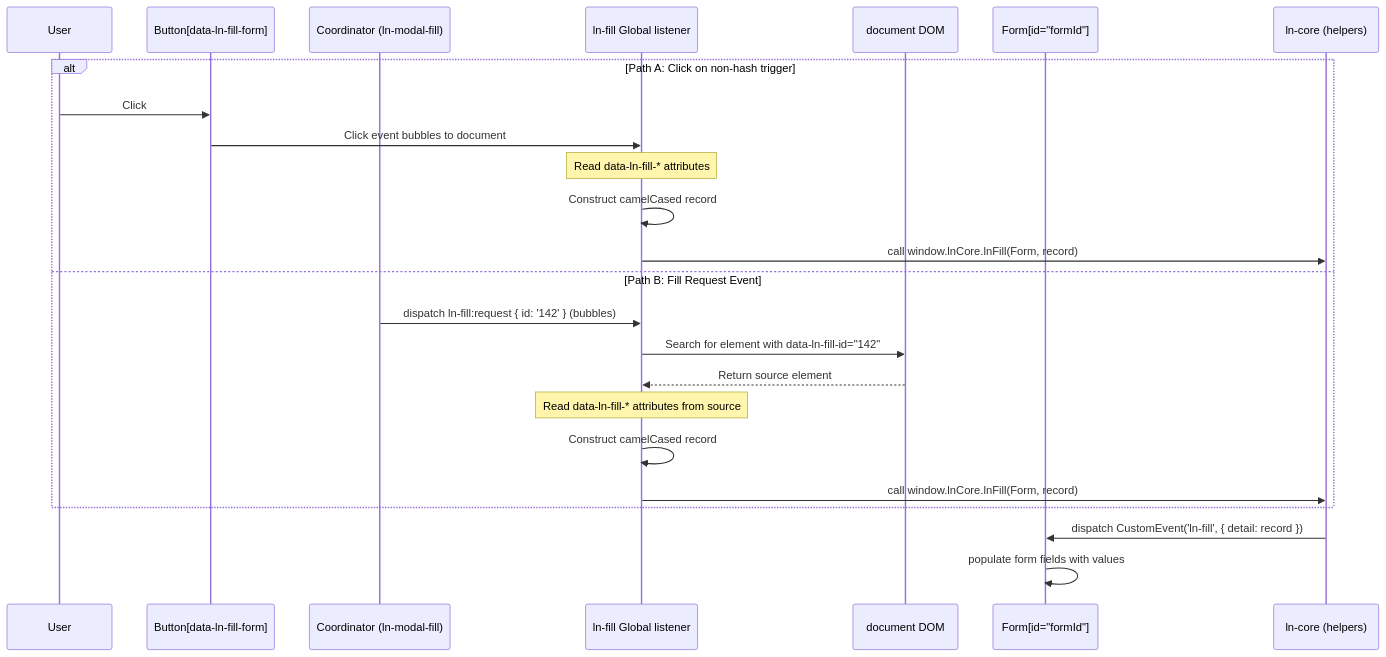
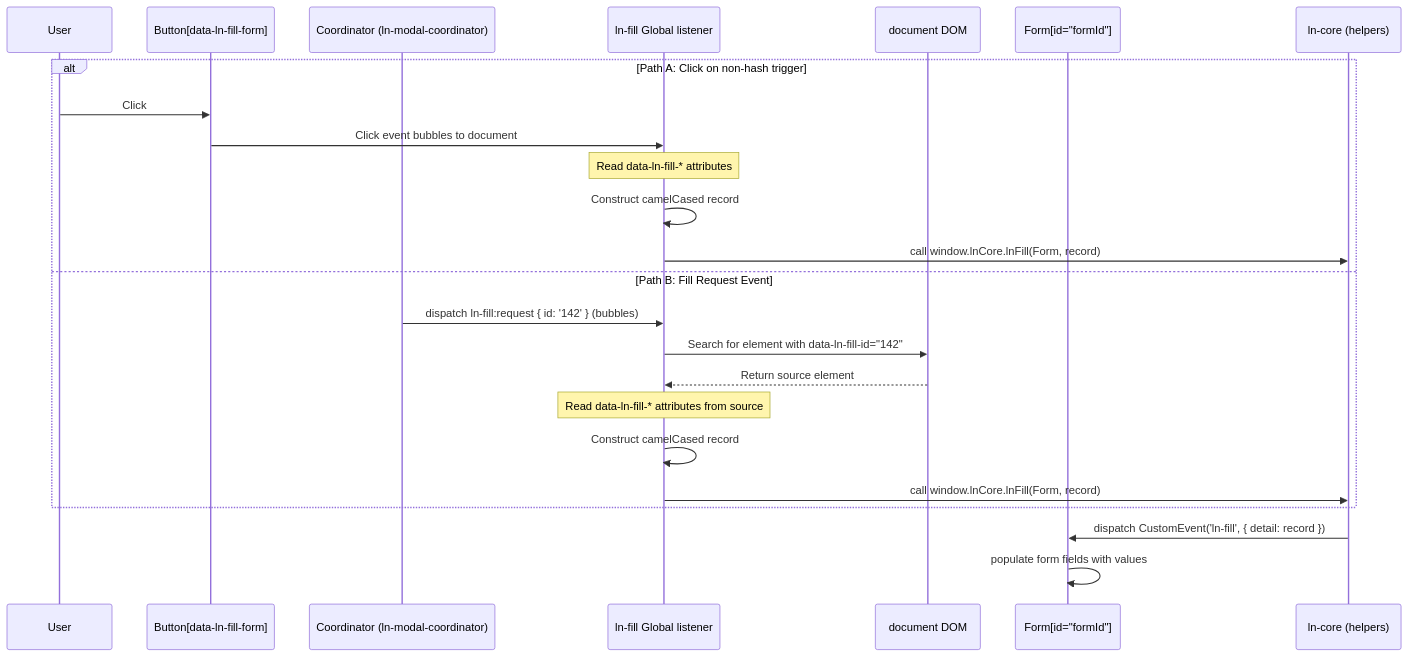
The diagram in docs-mcp/components/ln-fill.md (livenetworks/ln-ashlar), drawn with Mermaid before and after one commit. The commit also changed other lines of this file and 163 other files, not shown here.

````diff
--- a/docs-mcp/components/ln-fill.md
+++ b/docs-mcp/components/ln-fill.md
@@ -144,28 +144,28 @@
 ```mermaid
 sequenceDiagram
     participant User
     participant Trigger as Button[data-ln-fill-form]
-    participant Coordinator as Coordinator (ln-modal-fill)
+    participant Coordinator as Coordinator (ln-modal-coordinator)
     participant FillJS as ln-fill Global listener
     participant DOM as document DOM
     participant Form as Form[id="formId"]
     participant Core as ln-core (helpers)
 
     alt Path A: Click on non-hash trigger
         User->>Trigger: Click
         Trigger->>FillJS: Click event bubbles to document
         Note over FillJS: Read data-ln-fill-* attributes
         FillJS->>FillJS: Construct camelCased record
         FillJS->>Core: call window.lnCore.lnFill(Form, record)
     else Path B: Fill Request Event
         Coordinator->>FillJS: dispatch ln-fill:request { id: '142' } (bubbles)
         FillJS->>DOM: Search for element with data-ln-fill-id="142"
         DOM-->>FillJS: Return source element
         Note over FillJS: Read data-ln-fill-* attributes from source
         FillJS->>FillJS: Construct camelCased record
         FillJS->>Core: call window.lnCore.lnFill(Form, record)
     end
     
     Core->>Form: dispatch CustomEvent('ln-fill', { detail: record })
     Form->>Form: populate form fields with values
 ```
````
